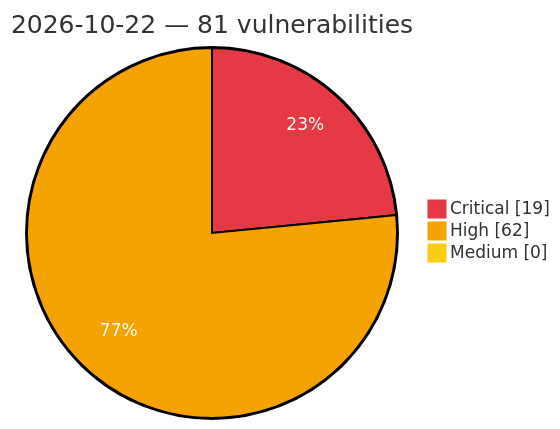
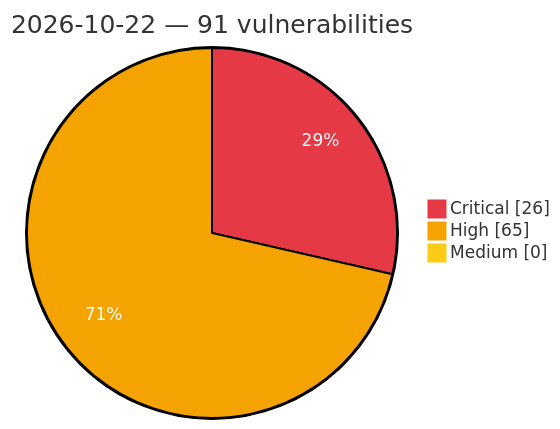
The diagram in vulnerabilities/2026/October/2026-10-22.md (GhostX0X/vuln-tracker), drawn with Mermaid before and after one commit. The commit also changed other lines of this file and 5 other files, not shown here.

Commit message:
Auto update: critical/high vulns (2026-10-23 00:57 UTC)

````diff
--- a/vulnerabilities/2026/October/2026-10-22.md
+++ b/vulnerabilities/2026/October/2026-10-22.md
@@ -3,8 +3,8 @@
 ```mermaid
 %%{init: {'theme':'base', 'themeVariables': {'pie1':'#e63946', 'pie2':'#f4a300', 'pie3':'#facc15', 'pieOpacity':'1', 'pieOuterStrokeWidth':'2px', 'pieSectionTextColor':'#ffffff'}}}%%
 pie showData
-    title 2026-10-22 — 81 vulnerabilities
-    "Critical" : 19
-    "High" : 62
+    title 2026-10-22 — 91 vulnerabilities
+    "Critical" : 26
+    "High" : 65
     "Medium" : 0
 ```
````
